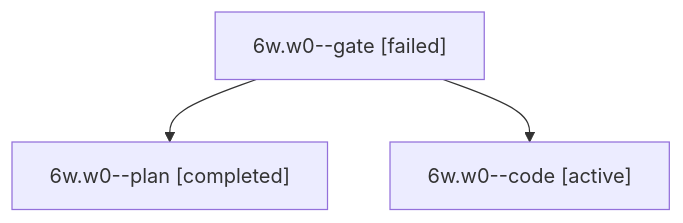
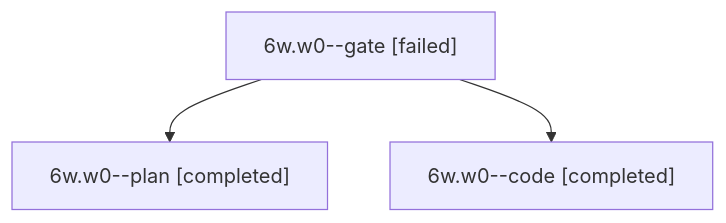
Before and after one commit to bobs-org/bob-cli--agents: the diagram in sessions/bbugyi200.apollo.6w.w0.md, drawn with Mermaid. The commit also changed other lines of this file and 16 other files, not shown here.

````diff
--- a/sessions/bbugyi200.apollo.6w.w0.md
+++ b/sessions/bbugyi200.apollo.6w.w0.md
@@ -9,8 +9,8 @@
 ```mermaid
 flowchart TD
   n0["6w.w0--gate [failed]"]
   n1["6w.w0--plan [completed]"]
   n0 --> n1
-  n2["6w.w0--code [active]"]
+  n2["6w.w0--code [completed]"]
   n0 --> n2
 ```
````
